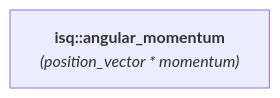
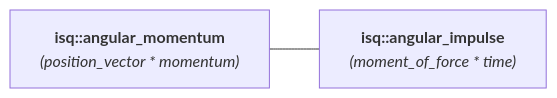
Before and after one commit to mpusz/mp-units: the diagram in docs/reference/systems_reference/hierarchies/angular_momentum_isq.md, drawn with Mermaid. The commit also changed 38 other files, not shown here.

````diff
--- a/docs/reference/systems_reference/hierarchies/angular_momentum_isq.md
+++ b/docs/reference/systems_reference/hierarchies/angular_momentum_isq.md
@@ -8,4 +8,6 @@
 ```mermaid
 flowchart LR
     isq_angular_momentum["<b><a href="../../systems/isq/#angular_momentum" style="color: var(--md-mermaid-label-fg-color); text-decoration: none;">isq::angular_momentum</a></b><br><i>(<a href="../../systems/isq/#position_vector" style="color: var(--md-mermaid-label-fg-color); text-decoration: none;">position_vector</a> * <a href="../../systems/isq/#momentum" style="color: var(--md-mermaid-label-fg-color); text-decoration: none;">momentum</a>)</i>"]
+    isq_angular_impulse["<b><a href="../../systems/isq/#angular_impulse" style="color: var(--md-mermaid-label-fg-color); text-decoration: none;">isq::angular_impulse</a></b><br><i>(<a href="../../systems/isq/#moment_of_force" style="color: var(--md-mermaid-label-fg-color); text-decoration: none;">moment_of_force</a> * <a href="../../systems/isq/#time" style="color: var(--md-mermaid-label-fg-color); text-decoration: none;">time</a>)</i>"]
+    isq_angular_momentum --- isq_angular_impulse
 ```
````
